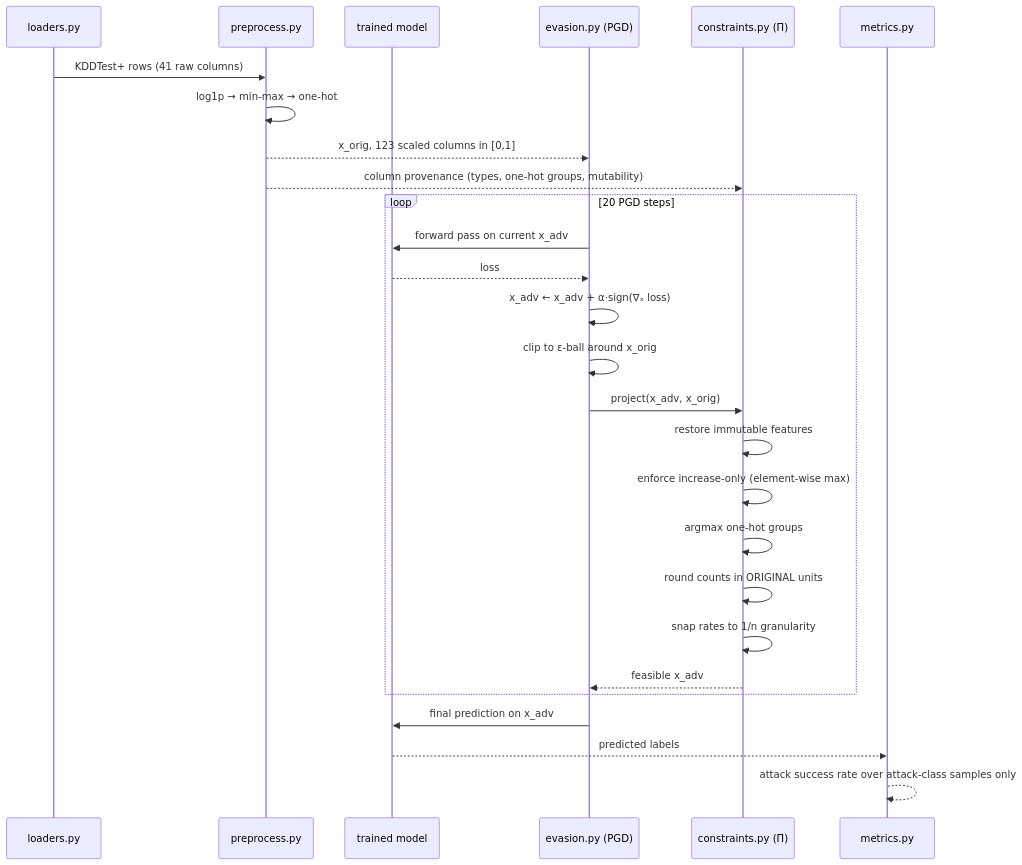
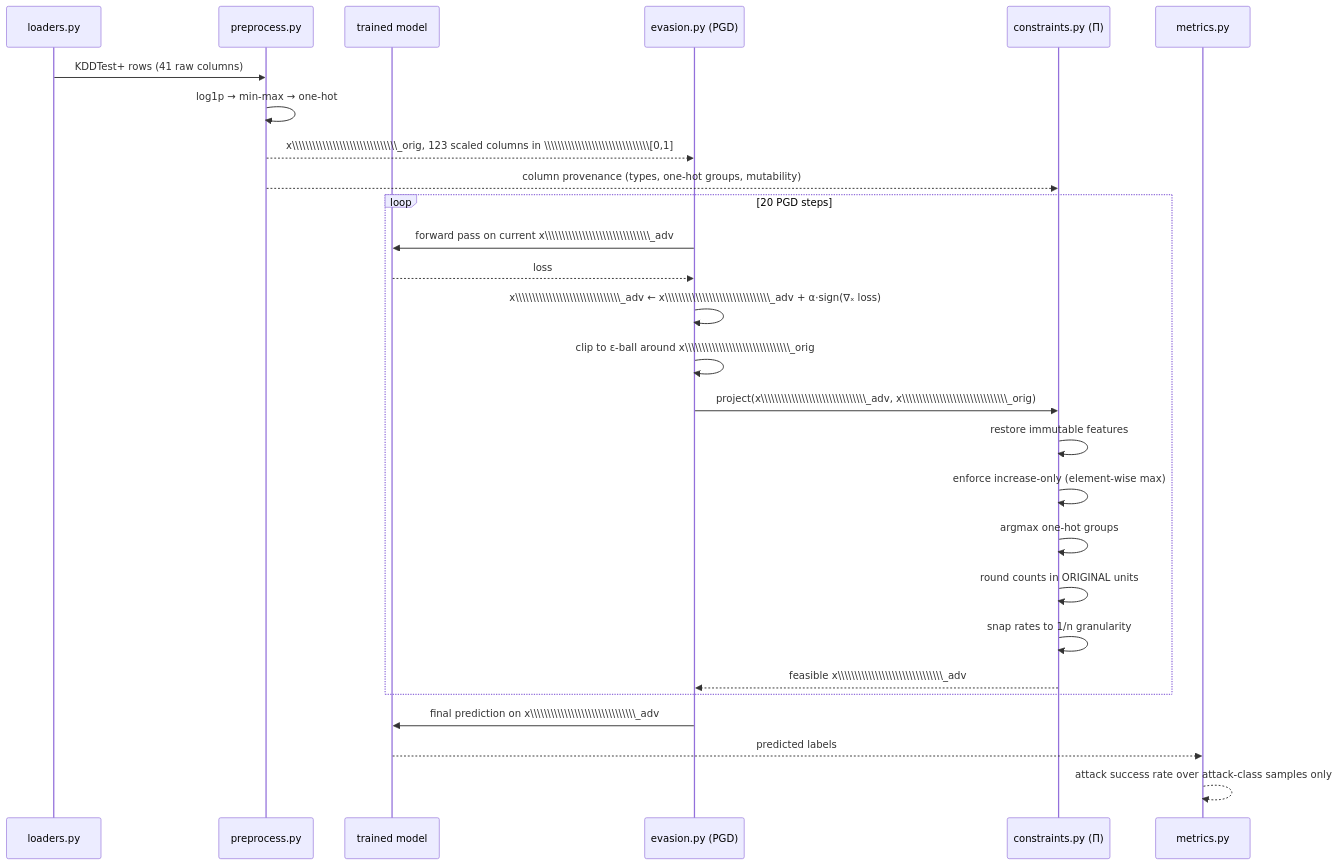
The second of 3 diagrams in PROJECT_DOCUMENTATION.md (GargeeTripathi/nids-adversarial-robustness), drawn with Mermaid before and after one commit. The commit also changed other lines of this file, not shown here.

Commit message:
docs: repair project documentation markdown rendering

````diff
--- a/PROJECT_DOCUMENTATION.md
+++ b/PROJECT_DOCUMENTATION.md
@@ -281,32 +281,32 @@
 ```mermaid
 sequenceDiagram
     participant D as loaders.py
     participant P as preprocess.py
     participant M as trained model
     participant A as evasion.py (PGD)
     participant C as constraints.py (Π)
     participant E as metrics.py
 
     D->>P: KDDTest+ rows (41 raw columns)
     P->>P: log1p → min-max → one-hot
-    P-->>A: x_orig, 123 scaled columns in [0,1]
+    P-->>A: x\\\\\\\\\\\\\\\\\\\\\\\\\\\\\\\_orig, 123 scaled columns in \\\\\\\\\\\\\\\\\\\\\\\\\\\\\\\[0,1]
     P-->>C: column provenance (types, one-hot groups, mutability)
 
     loop 20 PGD steps
-        A->>M: forward pass on current x_adv
+        A->>M: forward pass on current x\\\\\\\\\\\\\\\\\\\\\\\\\\\\\\\_adv
         M-->>A: loss
-        A->>A: x_adv ← x_adv + α·sign(∇ₓ loss)
-        A->>A: clip to ε-ball around x_orig
-        A->>C: project(x_adv, x_orig)
+        A->>A: x\\\\\\\\\\\\\\\\\\\\\\\\\\\\\\\_adv ← x\\\\\\\\\\\\\\\\\\\\\\\\\\\\\\\_adv + α·sign(∇ₓ loss)
+        A->>A: clip to ε-ball around x\\\\\\\\\\\\\\\\\\\\\\\\\\\\\\\_orig
+        A->>C: project(x\\\\\\\\\\\\\\\\\\\\\\\\\\\\\\\_adv, x\\\\\\\\\\\\\\\\\\\\\\\\\\\\\\\_orig)
         C->>C: restore immutable features
         C->>C: enforce increase-only (element-wise max)
         C->>C: argmax one-hot groups
         C->>C: round counts in ORIGINAL units
         C->>C: snap rates to 1/n granularity
-        C-->>A: feasible x_adv
+        C-->>A: feasible x\\\\\\\\\\\\\\\\\\\\\\\\\\\\\\\_adv
     end
 
-    A->>M: final prediction on x_adv
+    A->>M: final prediction on x\\\\\\\\\\\\\\\\\\\\\\\\\\\\\\\_adv
     M-->>E: predicted labels
     E-->>E: attack success rate over attack-class samples only
 ```
````
